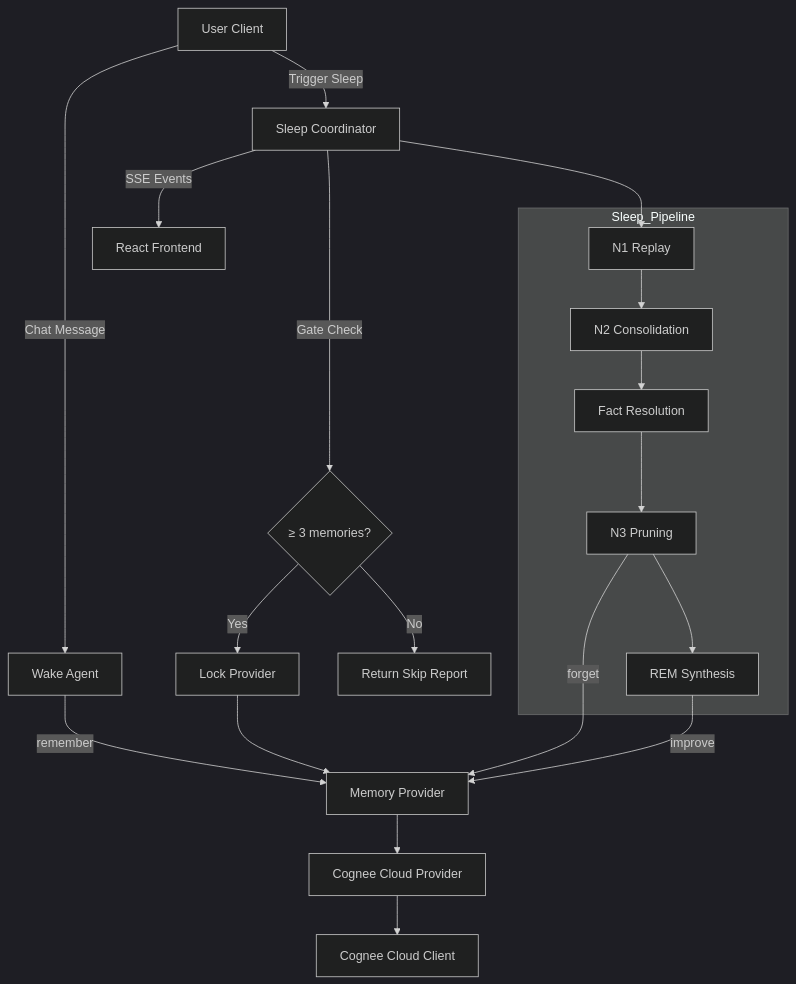
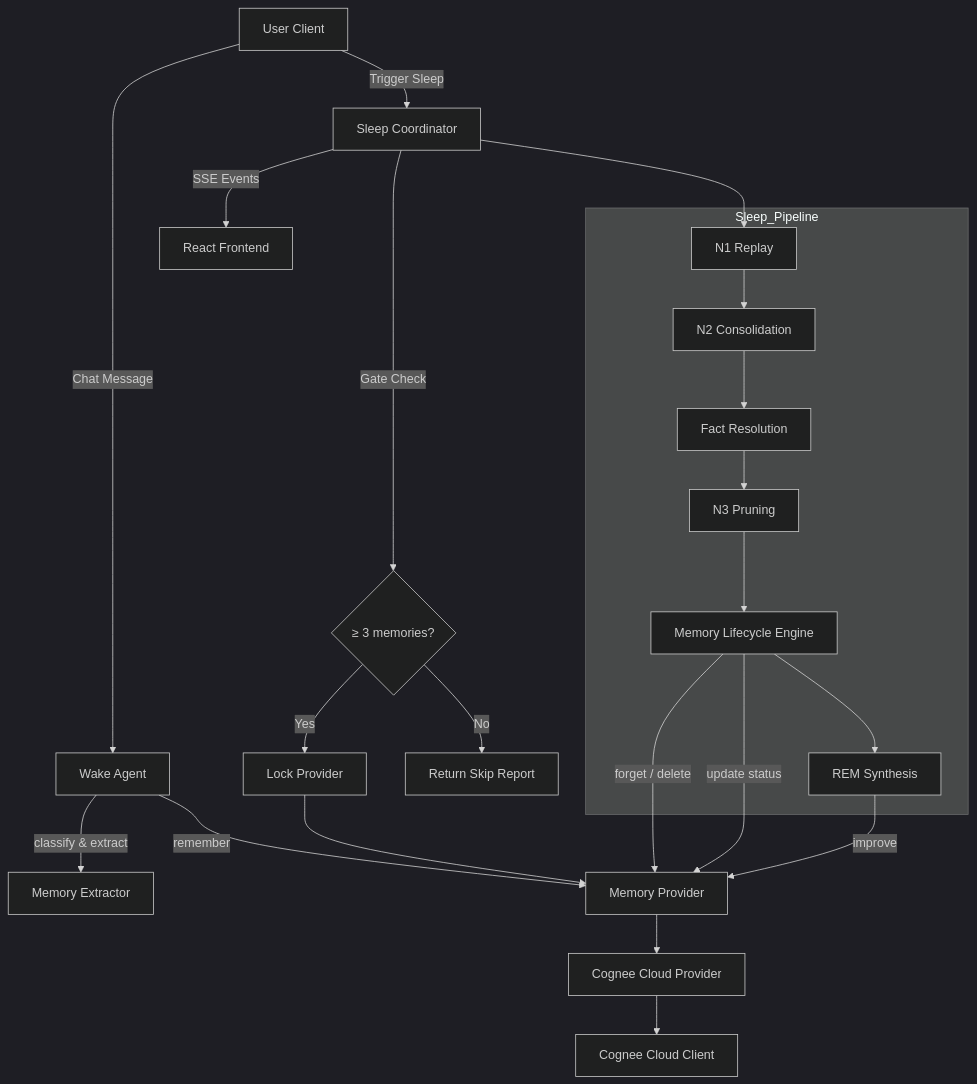
One commit to SaiNanduVajhala/oneiros changed the diagram in README.md. Above: the diagram before and after it, drawn with Mermaid (dark theme). The commit also changed other lines of this file and 1 other file, not shown here.

Commit message:
feat: add ExplainPanel component for rendering memory node and event details

````diff
--- a/README.md
+++ b/README.md
@@ -121,28 +128,31 @@
 ```mermaid
 graph TD
     User["User Client"] -->|Chat Message| WakeAgent["Wake Agent"]
+    WakeAgent -->|classify & extract| MemoryExtractor["Memory Extractor"]
     WakeAgent -->|remember| Provider["Memory Provider"]
 
     User -->|Trigger Sleep| SleepCoordinator["Sleep Coordinator"]
     SleepCoordinator -->|Gate Check| Gate{"≥ 3 memories?"}
     Gate -->|No| Skip["Return Skip Report"]
     Gate -->|Yes| Lock["Lock Provider"]
     Lock --> Provider
 
     subgraph Sleep_Pipeline
         Replay["N1 Replay"] --> Consolidation["N2 Consolidation"]
         Consolidation --> FactRes["Fact Resolution"]
         FactRes --> Pruning["N3 Pruning"]
-        Pruning --> REM["REM Synthesis"]
+        Pruning --> LifecycleEngine["Memory Lifecycle Engine"]
+        LifecycleEngine --> REM["REM Synthesis"]
     end
 
     SleepCoordinator --> Replay
 
-    Pruning -->|forget| Provider
+    LifecycleEngine -->|forget / delete| Provider
+    LifecycleEngine -->|update status| Provider
     REM -->|improve| Provider
 
     Provider --> CloudProvider["Cognee Cloud Provider"]
     CloudProvider --> CogneeClient["Cognee Cloud Client"]
 
     SleepCoordinator -->|SSE Events| Frontend["React Frontend"]
 ```
````
